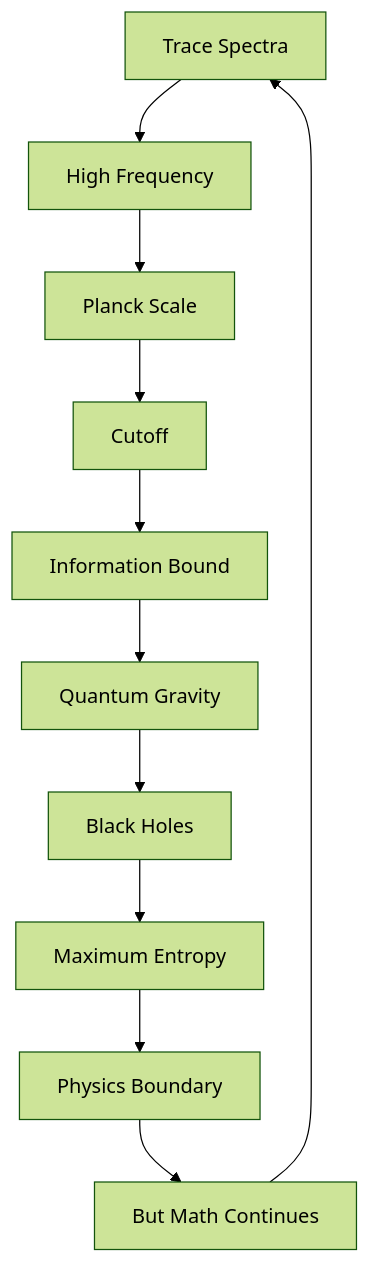
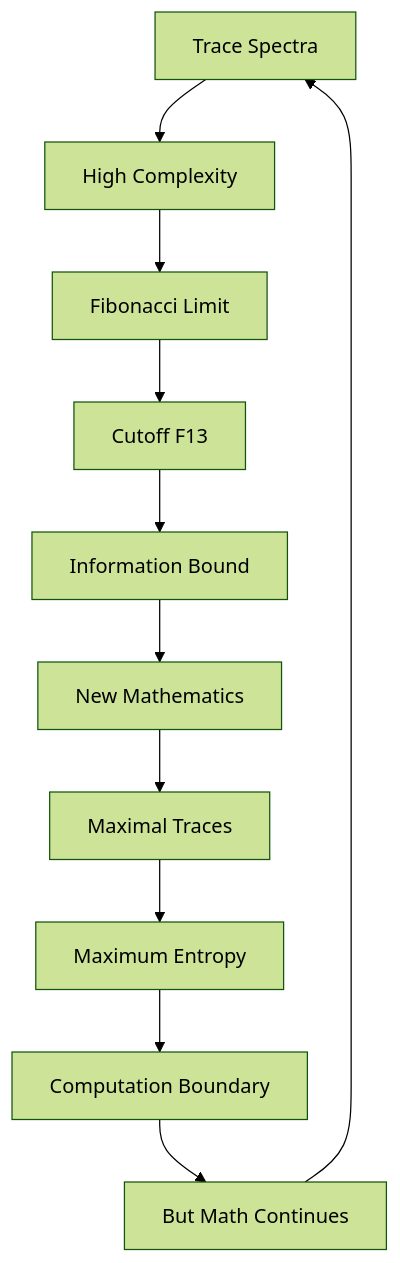
The second of 2 diagrams in docs/psi-structum/book-1-collapse-ontology/part-02-golden-trace-spectral/chapter-031-planck-scale-cutoff-trace.md (loning/the-phys), drawn with Mermaid (forest theme) before and after one commit. The commit also changed other lines of this file and 20 other files, not shown here.

````diff
--- a/docs/psi-structum/book-1-collapse-ontology/part-02-golden-trace-spectral/chapter-031-planck-scale-cutoff-trace.md
+++ b/docs/psi-structum/book-1-collapse-ontology/part-02-golden-trace-spectral/chapter-031-planck-scale-cutoff-trace.md
@@ -181,13 +185,13 @@
 ```mermaid
 graph TD
-    A[Trace Spectra] --> B[High Frequency]
-    B --> C[Planck Scale]
-    C --> D[Cutoff]
+    A[Trace Spectra] --> B[High Complexity]
+    B --> C[Fibonacci Limit]
+    C --> D[Cutoff F13]
     D --> E[Information Bound]
-    E --> F[Quantum Gravity]
-    F --> G[Black Holes]
+    E --> F[New Mathematics]
+    F --> G[Maximal Traces]
     G --> H[Maximum Entropy]
-    H --> I[Physics Boundary]
+    H --> I[Computation Boundary]
     I --> J[But Math Continues]
     J --> A
 ```
````
